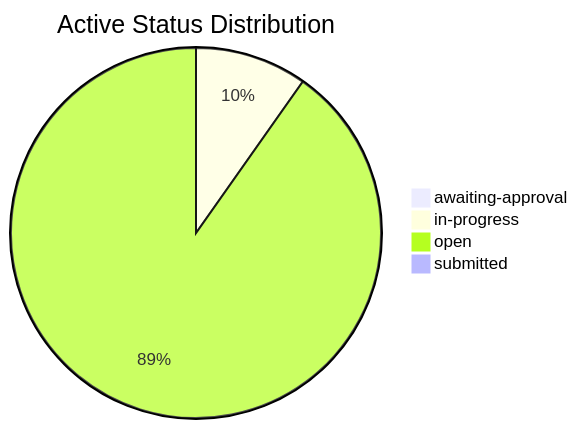
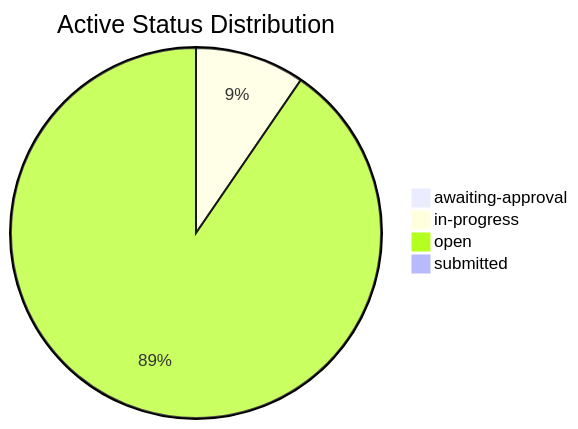
Before and after one commit to mgosal/5et.uk: the second of 3 diagrams in dashboard.md, drawn with Mermaid. The commit also changed other lines of this file and 3 other files, not shown here.

````diff
--- a/dashboard.md
+++ b/dashboard.md
@@ -287,7 +202,7 @@
 ```mermaid
 pie title Active Status Distribution
     "awaiting-approval" : 1
     "in-progress" : 13
-    "open" : 120
+    "open" : 123
     "submitted" : 1
 ```
````
